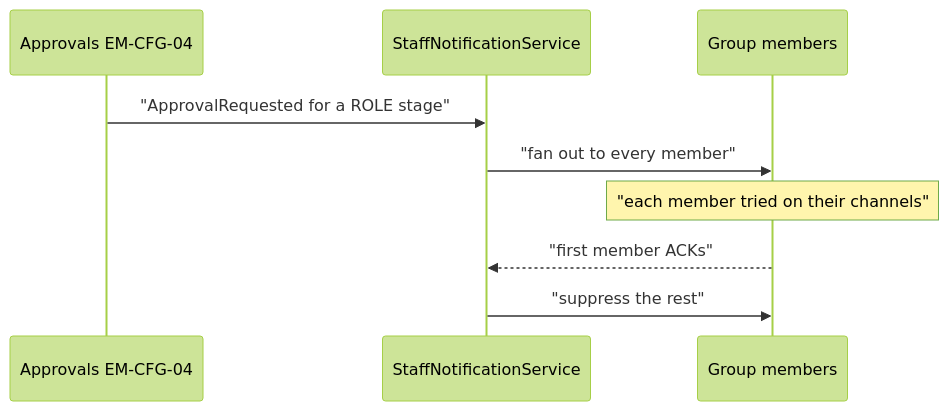
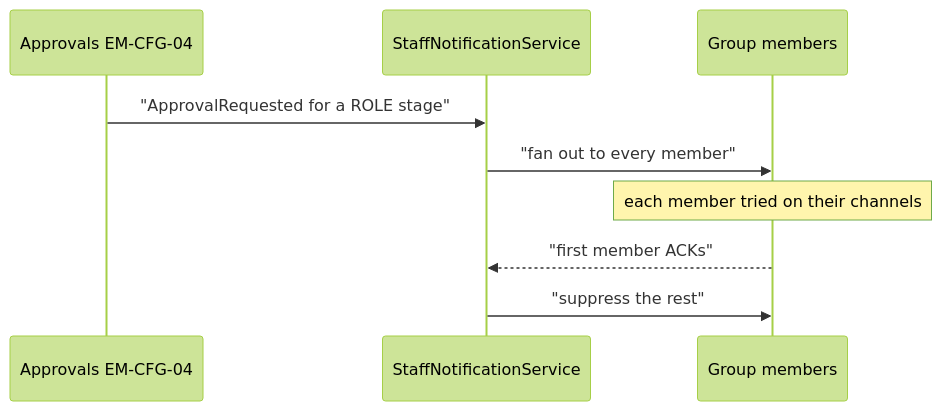
One commit to papepapesg/csp changed the second of 6 diagrams in docs/as-built/notification.md. Above: the diagram before and after it, drawn with Mermaid (forest theme). The commit also changed 2 other files, not shown here.

Commit message:
docs(as-built): teaching-style — vendor/edges (mermaid + plain English)
Clarity/format only (no facts changed):
- provisioning: service->node-chain->target->adapter->network path flowchart;
  activate sequenceDiagram; drift->force-sync (EM-CFG-04 + SoD, incl. 409 self-
  approve) sequenceDiagram; command / reconciliation_item / force_sync_request
  status stateDiagrams.
- notification: NOT-01 pipeline flowchart; ICN group fan-out + first-ack-suppresses
  sequenceDiagrams; notification_log / staff_notification / staff_notification_delivery
  status stateDiagrams.
- ticketing: ticket lifecycle stateDiagram; WO-finalize->auto-resolve sequenceDiagram.
- paymentgateway: callback-apply + PREPAID-wallet-vs-POSTPAID-invoice sequenceDiagrams;
  callback status stateDiagram.

Claude-Session: https://claude.ai/code/session_01RwtMRFwzHC7G5CTnGLhgKu

````diff
--- a/docs/as-built/notification.md
+++ b/docs/as-built/notification.md
@@ -60,11 +60,11 @@
 ```mermaid
 sequenceDiagram
     participant A as Approvals EM-CFG-04
     participant S as StaffNotificationService
     participant G as Group members
     A->>S: "ApprovalRequested for a ROLE stage"
     S->>G: "fan out to every member"
-    Note over G: "each member tried on their channels"
+    Note over G: each member tried on their channels
     G-->>S: "first member ACKs"
     S->>G: "suppress the rest"
 ```
````
